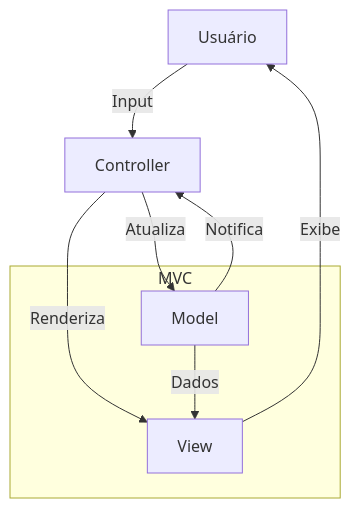
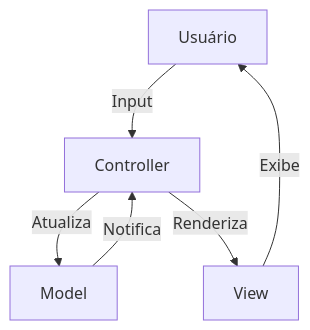
The first of 7 diagrams in PDS/arquitetura.md (claulis/Py), drawn with Mermaid before and after one commit. The commit also changed other lines of this file and 58 other files, not shown here.

First line of the commit message:
Refactor PDS project to implement SOLID principles and MVC architecture

````diff
--- a/PDS/arquitetura.md
+++ b/PDS/arquitetura.md
@@ -62,11 +13,8 @@
 ```mermaid
 graph TD
     U[Usuário] -->|Input| C[Controller]
     C -->|Atualiza| M[Model]
     M -->|Notifica| C
     C -->|Renderiza| V[View]
     V -->|Exibe| U
-    subgraph MVC
-        M -- Dados --> V
-    end
 ```
````
